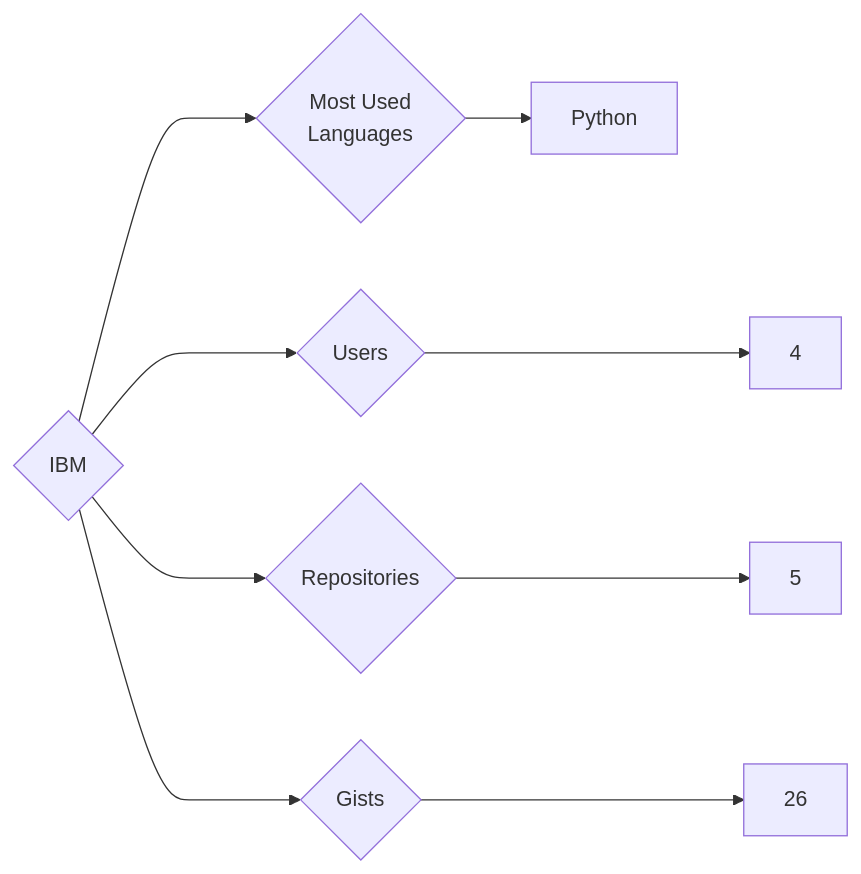
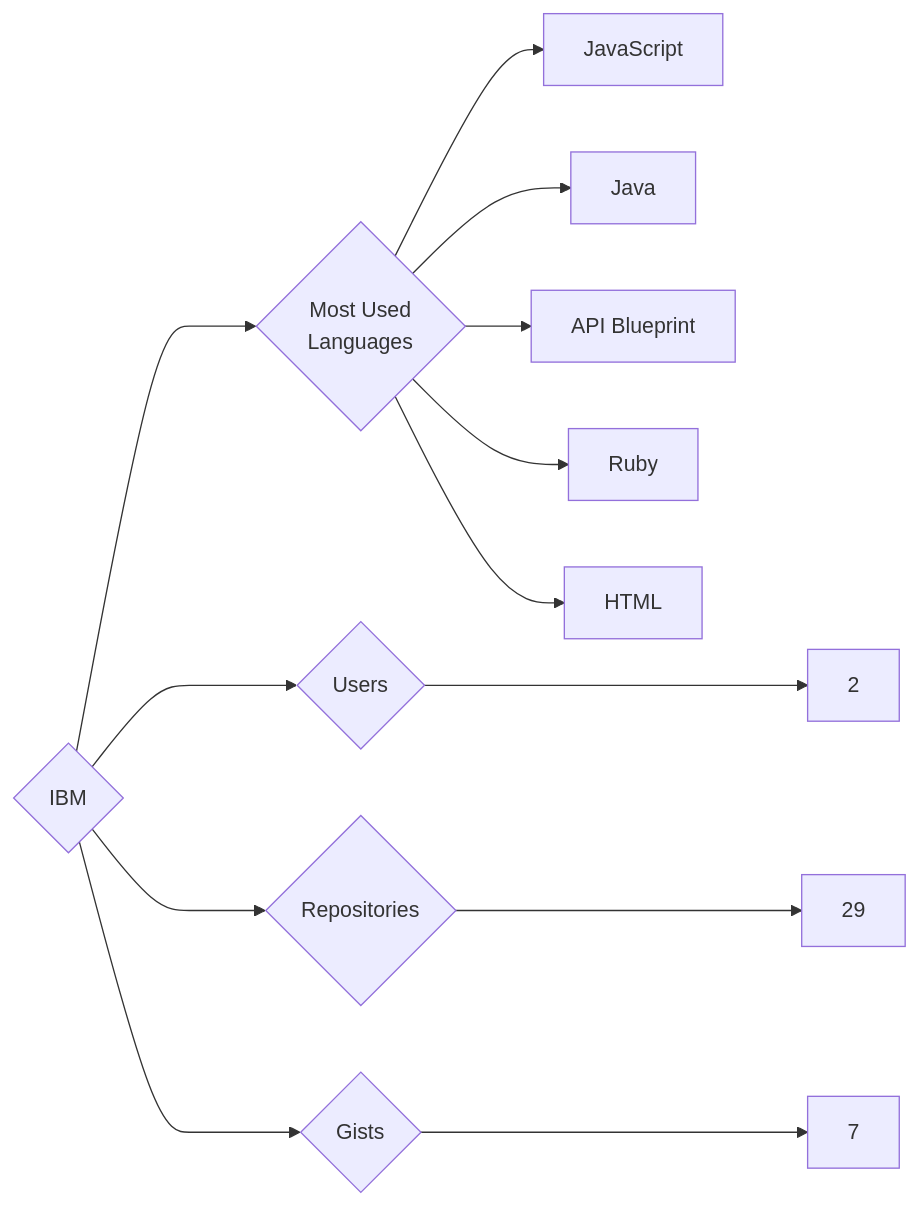
One commit to trickest/insiders changed the diagram in targets/IBM/README.md. Above: the diagram before and after it, drawn with Mermaid. The commit also changed 618 other files, not shown here.

````diff
--- a/targets/IBM/README.md
+++ b/targets/IBM/README.md
@@ -3,9 +3,13 @@
 ```mermaid
 graph LR
 COMPANY_NAME{IBM}
-COMPANY_NAME ---> U{Users} ---> UN[4]
-COMPANY_NAME ---> R{Repositories} ---> RN[5]
-COMPANY_NAME ---> G{Gists} ---> GN[26]
+COMPANY_NAME ---> U{Users} ---> UN[2]
+COMPANY_NAME ---> R{Repositories} ---> RN[29]
+COMPANY_NAME ---> G{Gists} ---> GN[7]
 COMPANY_NAME ---> ML{Most Used<br>Languages}
-ML --> Python[Python]
+ML --> JavaScript[JavaScript]
+ML --> Java[Java]
+ML --> API_Blueprint[API Blueprint]
+ML --> Ruby[Ruby]
+ML --> HTML[HTML]
 ```
````
